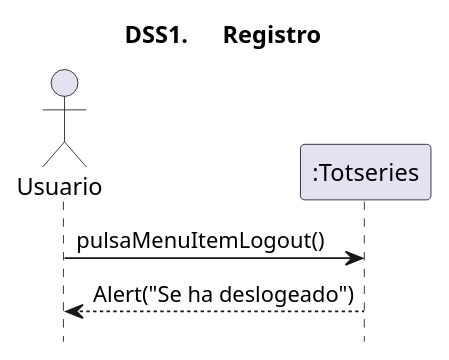
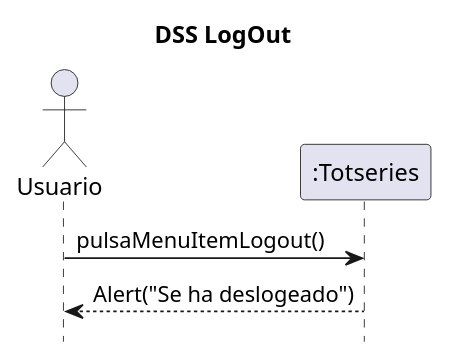
The diagram in src/totseries/Uml/Sistema/Diagrama de Sistema LogOut.puml (MrViciao/TotSeries), drawn with PlantUML before and after one commit. The commit also changed 8 other files, not shown here.

```diff
--- a/src/totseries/Uml/Sistema/Diagrama de Sistema LogOut.puml
+++ b/src/totseries/Uml/Sistema/Diagrama de Sistema LogOut.puml
@@ -1,9 +1,9 @@
 @startuml
-title	DSS1.	Registro	
+title	DSS LogOut	
 hide	footbox
 actor	Usuario	as	user
 participant ":Totseries" as TotSeries
 
 user	->	TotSeries:pulsaMenuItemLogout()
 TotSeries --> user: Alert("Se ha deslogeado")
 @enduml
```
